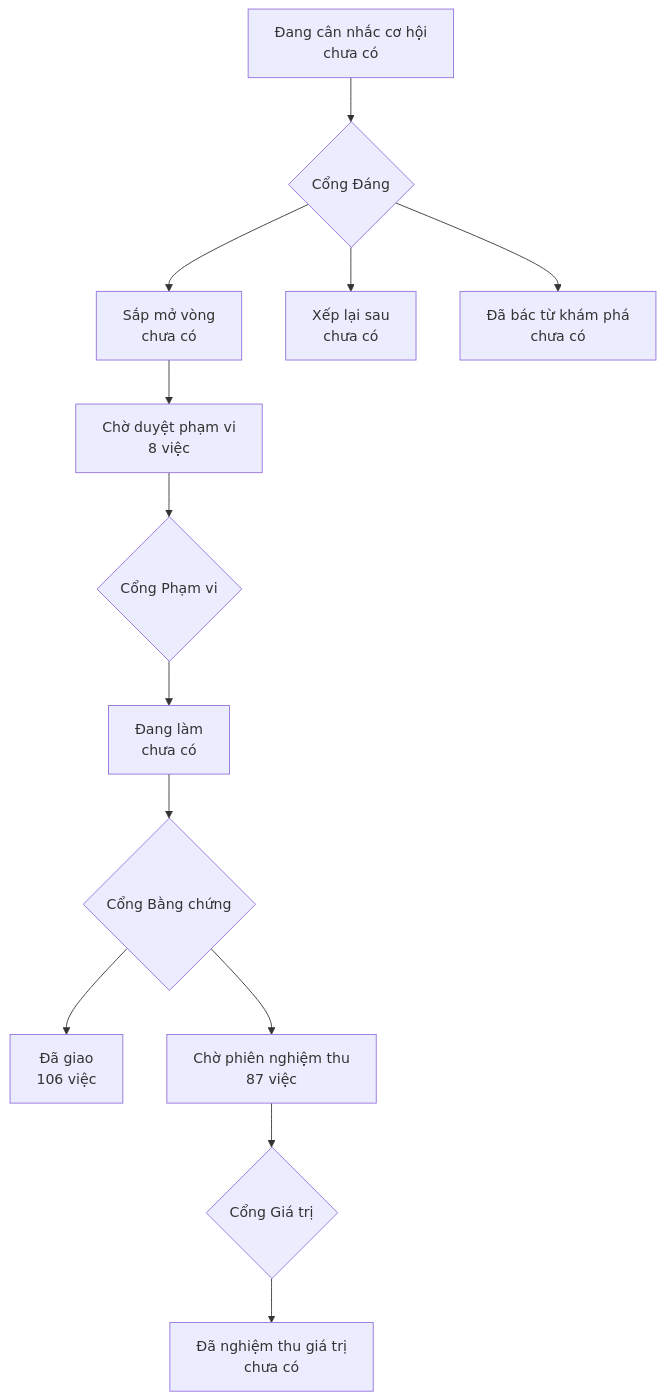
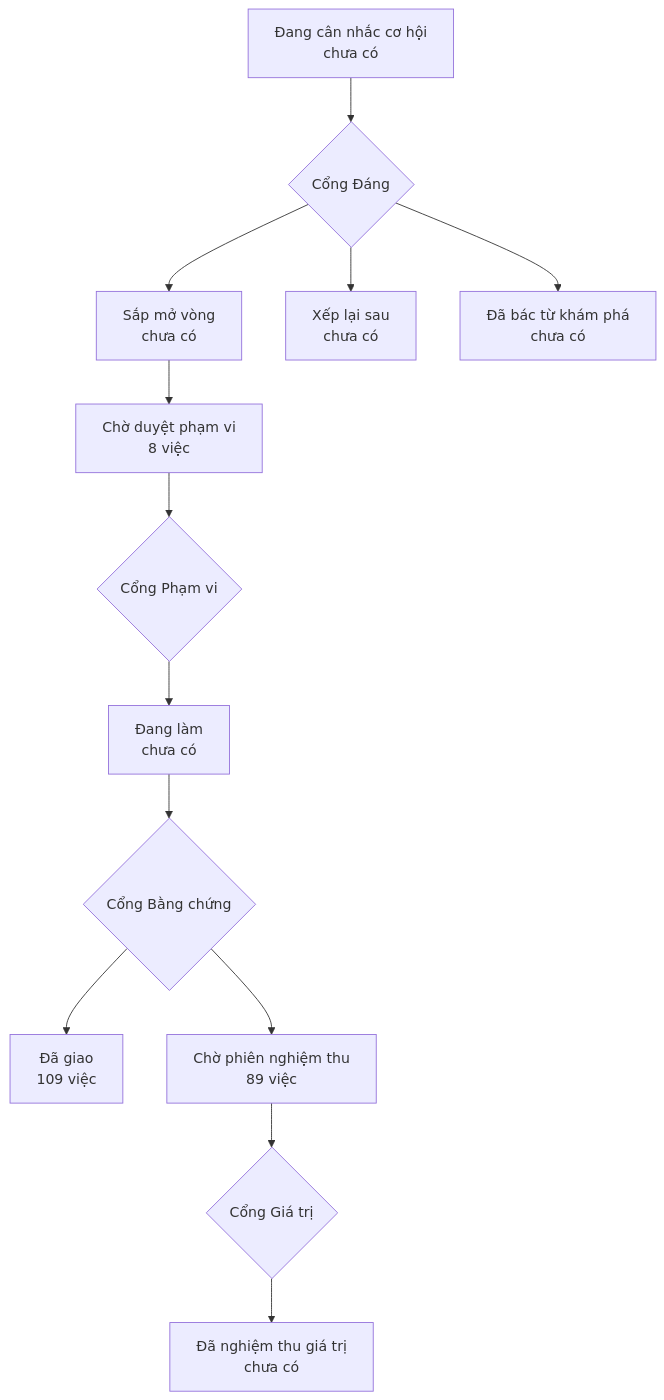
One commit to phanlemanh/onehub-invest changed the diagram in PRODUCT-MAP.md. Above: the diagram before and after it, drawn with Mermaid. The commit also changed other lines of this file and 1 other file, not shown here.

````diff
--- a/PRODUCT-MAP.md
+++ b/PRODUCT-MAP.md
@@ -7,12 +7,12 @@
 ```mermaid
 flowchart TD
   A["Đang cân nhắc cơ hội<br/>chưa có"] --> GD{"Cổng Đáng"}
   GD --> B["Sắp mở vòng<br/>chưa có"]
   GD --> XL["Xếp lại sau<br/>chưa có"]
   GD --> DB["Đã bác từ khám phá<br/>chưa có"]
   B --> CD["Chờ duyệt phạm vi<br/>8 việc"] --> GP{"Cổng Phạm vi"}
   GP --> DL["Đang làm<br/>chưa có"] --> GB{"Cổng Bằng chứng"}
-  GB --> DG["Đã giao<br/>106 việc"]
-  GB --> CN["Chờ phiên nghiệm thu<br/>87 việc"] --> GG{"Cổng Giá trị"}
+  GB --> DG["Đã giao<br/>109 việc"]
+  GB --> CN["Chờ phiên nghiệm thu<br/>89 việc"] --> GG{"Cổng Giá trị"}
   GG --> NT["Đã nghiệm thu giá trị<br/>chưa có"]
 ```
````
